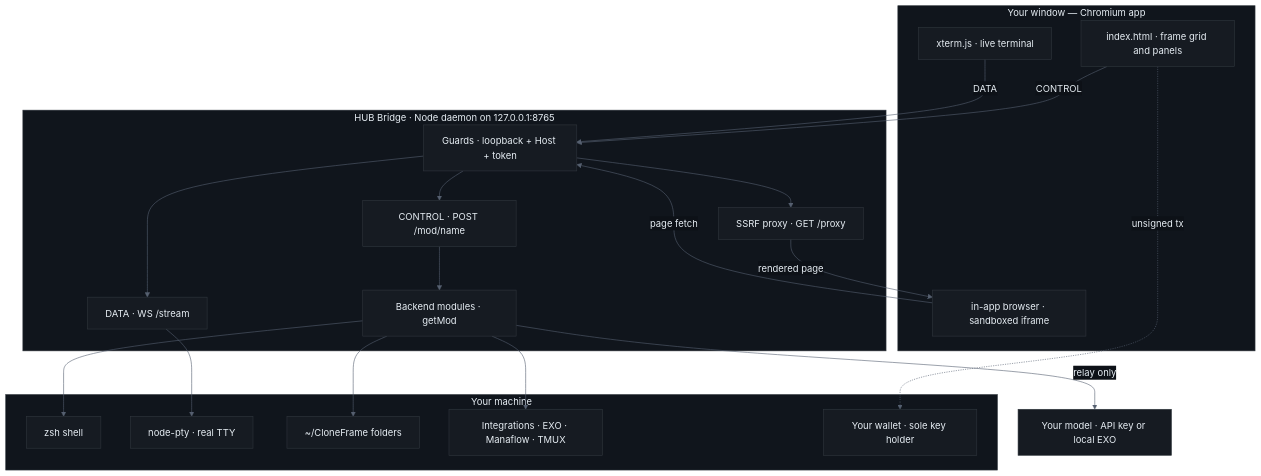
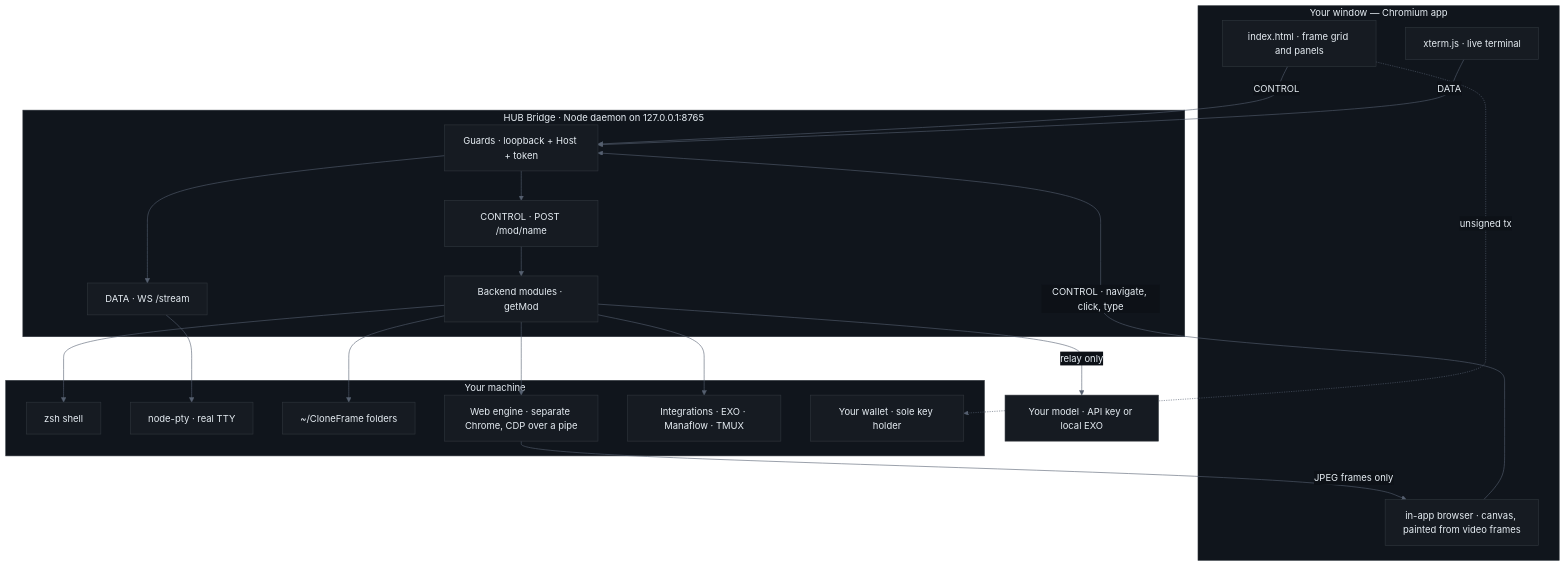
Before and after one commit to devclone20/cloneframe_app_executable: the first of 11 diagrams in docs/ARCHITECTURE.md, drawn with Mermaid. The commit also changed other lines of this file and 49 other files, not shown here.

````diff
--- a/docs/ARCHITECTURE.md
+++ b/docs/ARCHITECTURE.md
@@ -30,42 +30,42 @@
 ```mermaid
 %%{init: {'theme':'base','themeVariables':{'background':'#0d1117','mainBkg':'#161b22','primaryColor':'#161b22','primaryBorderColor':'#ff3b30','primaryTextColor':'#e6edf3','nodeBorder':'#30363d','nodeTextColor':'#e6edf3','lineColor':'#566070','secondaryColor':'#161b22','tertiaryColor':'#0d1117','clusterBkg':'#10151c','clusterBorder':'#30363d','titleColor':'#e6edf3','edgeLabelBackground':'#0d1117','fontFamily':'ui-monospace, SFMono-Regular, Menlo, monospace','actorBkg':'#161b22','actorBorder':'#ff3b30','actorTextColor':'#e6edf3','signalColor':'#8b949e','signalTextColor':'#c9d1d9','labelBoxBkgColor':'#161b22','labelBoxBorderColor':'#30363d','labelTextColor':'#e6edf3','loopTextColor':'#e6edf3','noteBkgColor':'#1c2028','noteBorderColor':'#e8b86d','noteTextColor':'#c9d1d9','activationBkgColor':'#30363d','activationBorderColor':'#8b949e','sequenceNumberColor':'#0d1117'}}}%%
 flowchart TB
     subgraph WIN["Your window — Chromium app"]
         UI["index.html · frame grid and panels"]
         XT["xterm.js · live terminal"]
-        IB["in-app browser · sandboxed iframe"]
+        IB["in-app browser · canvas, painted from video frames"]
     end
 
     subgraph BR["HUB Bridge · Node daemon on 127.0.0.1:8765"]
         GATE["Guards · loopback + Host + token"]
         CTRL["CONTROL · POST /mod/name"]
         DATA["DATA · WS /stream"]
-        PXY["SSRF proxy · GET /proxy"]
         MODS["Backend modules · getMod"]
     end
 
     subgraph MACH["Your machine"]
         SH["zsh shell"]
         PTY["node-pty · real TTY"]
         FS["~/CloneFrame folders"]
+        ENG["Web engine · separate Chrome, CDP over a pipe"]
         INT["Integrations · EXO · Manaflow · TMUX"]
         WAL["Your wallet · sole key holder"]
     end
 
     MODEL["Your model · API key or local EXO"]
 
     UI -->|"CONTROL"| GATE
     XT -->|"DATA"| GATE
-    IB -->|"page fetch"| GATE
+    IB -->|"CONTROL · navigate, click, type"| GATE
     GATE --> CTRL
     GATE --> DATA
-    GATE --> PXY
     CTRL --> MODS
     DATA --> PTY
     MODS --> SH
     MODS --> FS
     MODS --> INT
-    PXY -->|"rendered page"| IB
+    MODS --> ENG
+    ENG -->|"JPEG frames only"| IB
     MODS -->|"relay only"| MODEL
     UI -.->|"unsigned tx"| WAL
 ```
````
